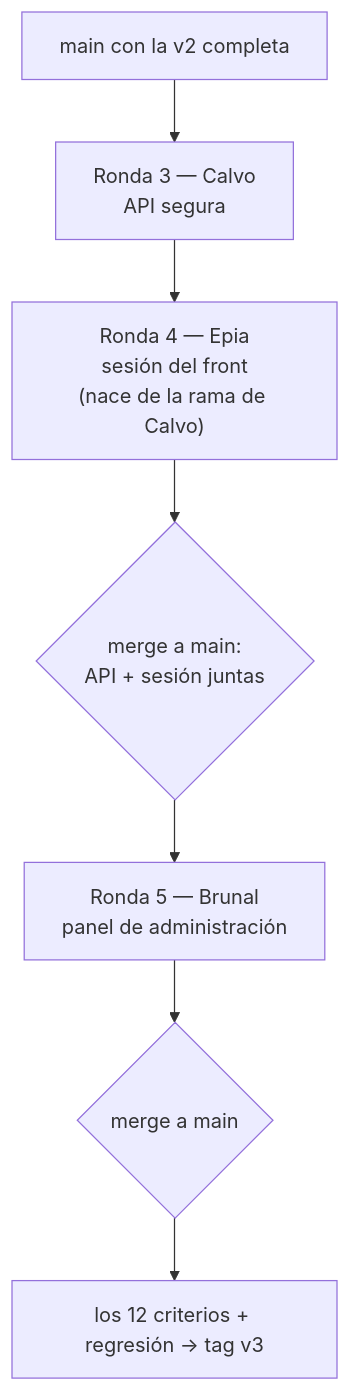
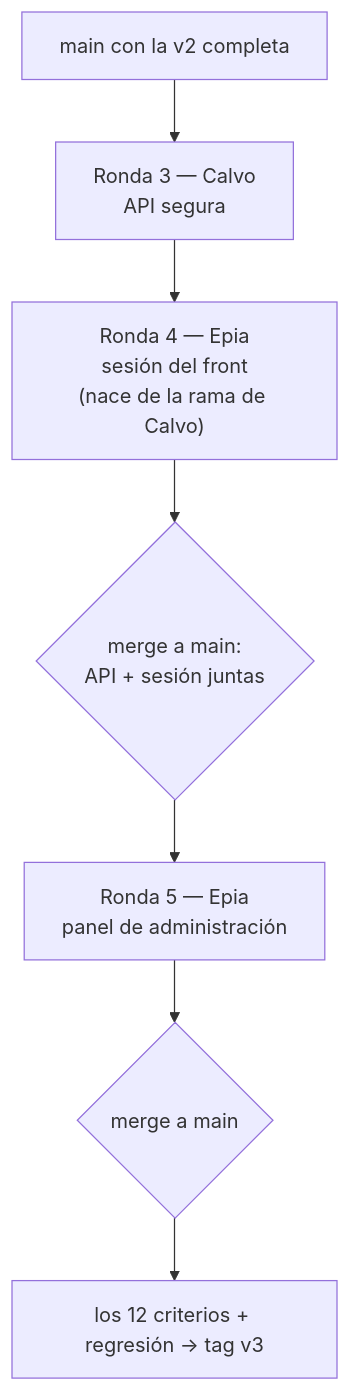
The diagram in docs/spec_kit/versiones/v3_seguridad/8_tasks.md (MrEpia/innovacioncurricular), drawn with Mermaid before and after one commit. The commit also changed other lines of this file and 23 other files, not shown here.

````diff
--- a/docs/spec_kit/versiones/v3_seguridad/8_tasks.md
+++ b/docs/spec_kit/versiones/v3_seguridad/8_tasks.md
@@ -13,9 +15,9 @@
 ```mermaid
 flowchart TD
     R2["main con la v2 completa"] --> R3["Ronda 3 — Calvo<br/>API segura"]
     R3 --> R4["Ronda 4 — Epia<br/>sesión del front<br/>(nace de la rama de Calvo)"]
     R4 --> I1{"merge a main:<br/>API + sesión juntas"}
-    I1 --> R5["Ronda 5 — Brunal<br/>panel de administración"]
+    I1 --> R5["Ronda 5 — Epia<br/>panel de administración"]
     R5 --> I2{"merge a main"}
     I2 --> T["los 12 criterios + regresión → tag v3"]
 ```
````
